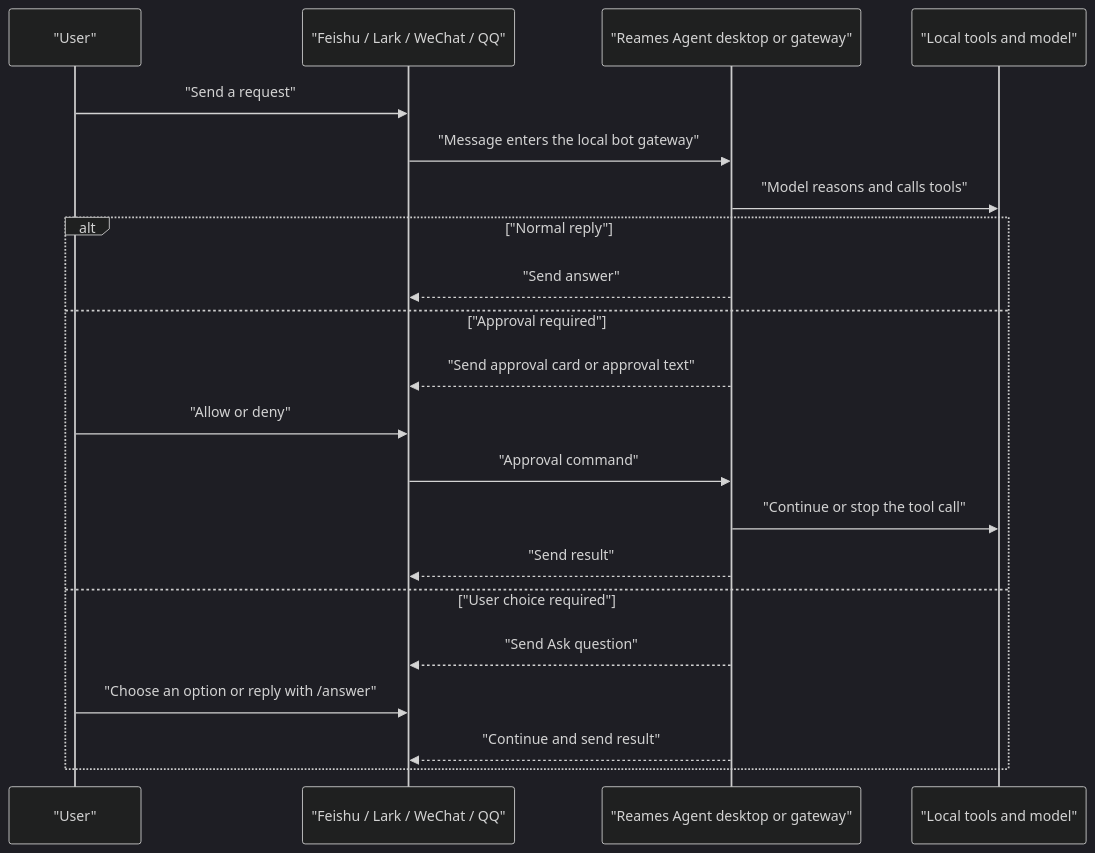
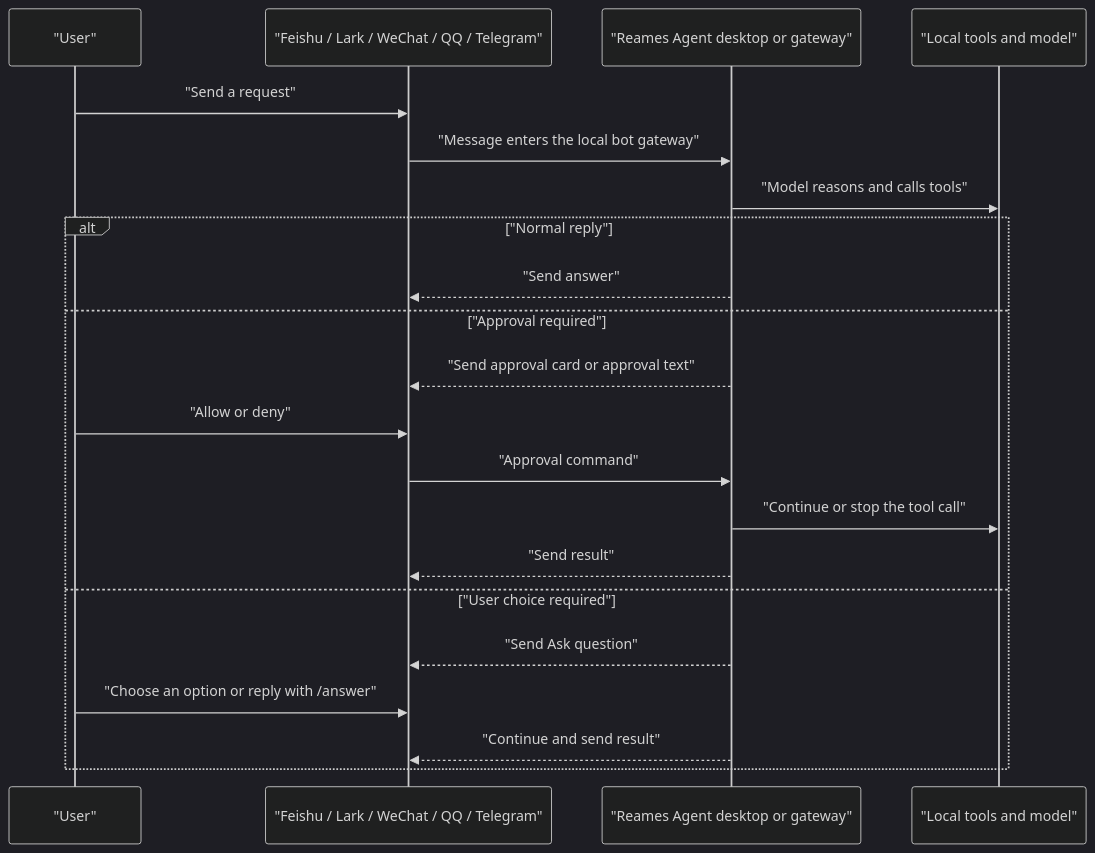
Before and after one commit to Ebonyhtx/reames-agent: the second of 3 diagrams in docs/BOT_GUIDE.md, drawn with Mermaid (dark theme). The commit also changed other lines of this file and 128 other files, not shown here.

````diff
--- a/docs/BOT_GUIDE.md
+++ b/docs/BOT_GUIDE.md
@@ -333,24 +365,24 @@
 ```mermaid
 sequenceDiagram
   participant U as "User"
-  participant IM as "Feishu / Lark / WeChat / QQ"
+  participant IM as "Feishu / Lark / WeChat / QQ / Telegram"
   participant R as "Reames Agent desktop or gateway"
   participant T as "Local tools and model"
 
   U->>IM: "Send a request"
   IM->>R: "Message enters the local bot gateway"
   R->>T: "Model reasons and calls tools"
   alt "Normal reply"
     R-->>IM: "Send answer"
   else "Approval required"
     R-->>IM: "Send approval card or approval text"
     U->>IM: "Allow or deny"
     IM->>R: "Approval command"
     R->>T: "Continue or stop the tool call"
     R-->>IM: "Send result"
   else "User choice required"
     R-->>IM: "Send Ask question"
     U->>IM: "Choose an option or reply with /answer"
     R-->>IM: "Continue and send result"
   end
 ```
````
